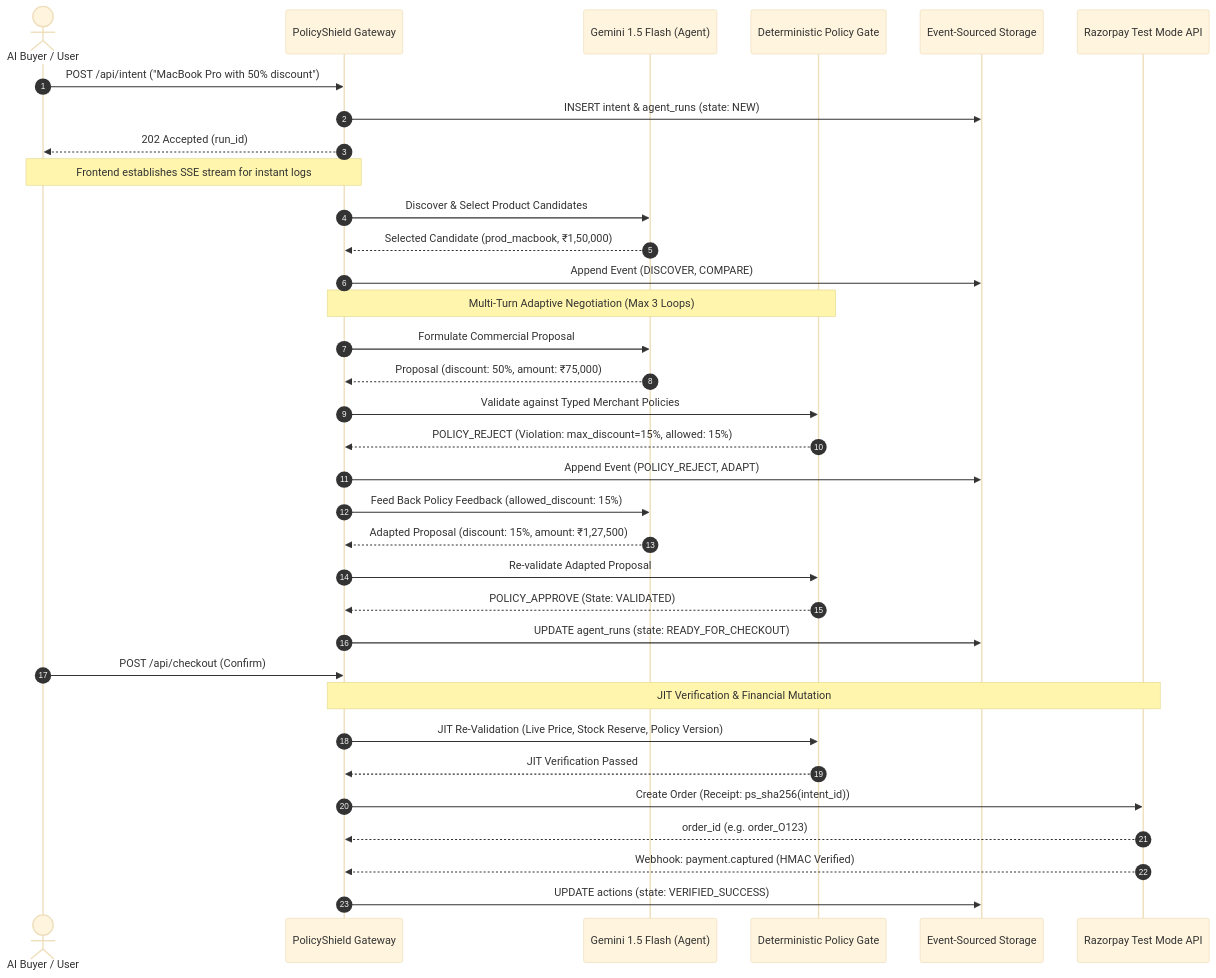
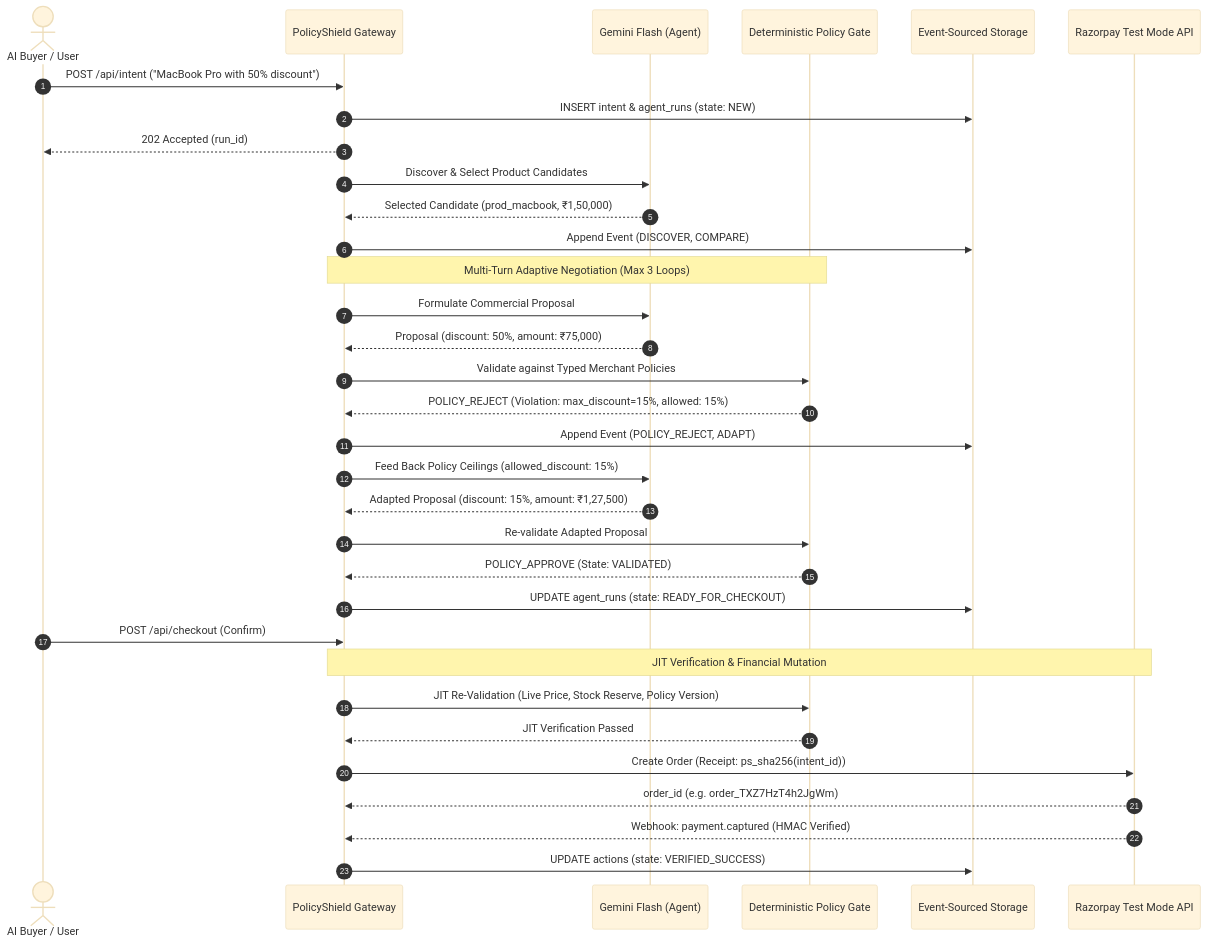
One commit to Tanish9022/PolicyShield changed the second of 2 diagrams in README.md. Above: the diagram before and after it, drawn with Mermaid (base theme). The commit also changed other lines of this file, not shown here.

````diff
--- a/README.md
+++ b/README.md
@@ -166,41 +174,40 @@
 ```mermaid
 sequenceDiagram
     autonumber
     actor Buyer as AI Buyer / User
     participant Gateway as PolicyShield Gateway
-    participant Gemini as Gemini 1.5 Flash (Agent)
+    participant Gemini as Gemini Flash (Agent)
     participant Gate as Deterministic Policy Gate
     participant DB as Event-Sourced Storage
     participant Razorpay as Razorpay Test Mode API
 
     Buyer->>Gateway: POST /api/intent ("MacBook Pro with 50% discount")
     Gateway->>DB: INSERT intent & agent_runs (state: NEW)
     Gateway-->>Buyer: 202 Accepted (run_id)
-    Note over Buyer,Gateway: Frontend establishes SSE stream for instant logs
 
     Gateway->>Gemini: Discover & Select Product Candidates
     Gemini-->>Gateway: Selected Candidate (prod_macbook, ₹1,50,000)
     Gateway->>DB: Append Event (DISCOVER, COMPARE)
 
     Note over Gateway,Gate: Multi-Turn Adaptive Negotiation (Max 3 Loops)
     Gateway->>Gemini: Formulate Commercial Proposal
     Gemini-->>Gateway: Proposal (discount: 50%, amount: ₹75,000)
     Gateway->>Gate: Validate against Typed Merchant Policies
     Gate-->>Gateway: POLICY_REJECT (Violation: max_discount=15%, allowed: 15%)
     Gateway->>DB: Append Event (POLICY_REJECT, ADAPT)
-    Gateway->>Gemini: Feed Back Policy Feedback (allowed_discount: 15%)
+    Gateway->>Gemini: Feed Back Policy Ceilings (allowed_discount: 15%)
     Gemini-->>Gateway: Adapted Proposal (discount: 15%, amount: ₹1,27,500)
     Gateway->>Gate: Re-validate Adapted Proposal
     Gate-->>Gateway: POLICY_APPROVE (State: VALIDATED)
 
     Gateway->>DB: UPDATE agent_runs (state: READY_FOR_CHECKOUT)
     Buyer->>Gateway: POST /api/checkout (Confirm)
     
     Note over Gateway,Razorpay: JIT Verification & Financial Mutation
     Gateway->>Gate: JIT Re-Validation (Live Price, Stock Reserve, Policy Version)
     Gate-->>Gateway: JIT Verification Passed
     Gateway->>Razorpay: Create Order (Receipt: ps_sha256(intent_id))
-    Razorpay-->>Gateway: order_id (e.g. order_O123)
+    Razorpay-->>Gateway: order_id (e.g. order_TXZ7HzT4h2JgWm)
     Razorpay-->>Gateway: Webhook: payment.captured (HMAC Verified)
     Gateway->>DB: UPDATE actions (state: VERIFIED_SUCCESS)
 ```
````
